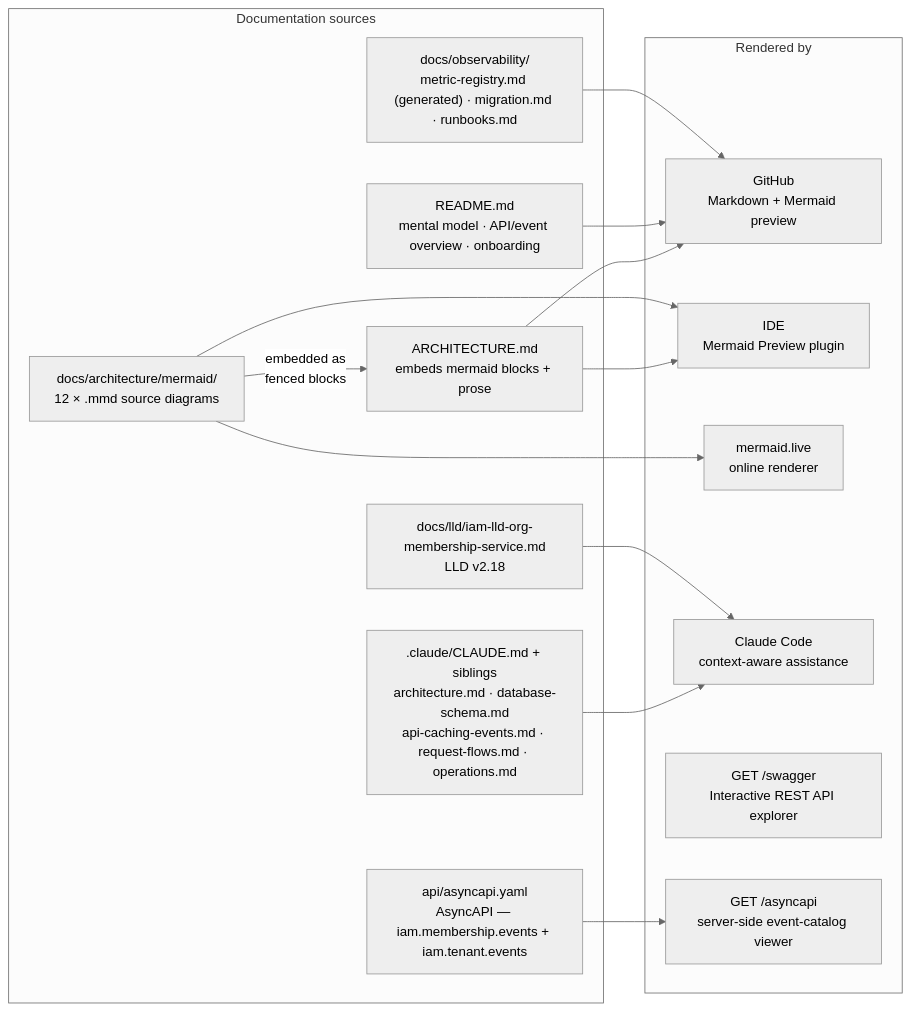
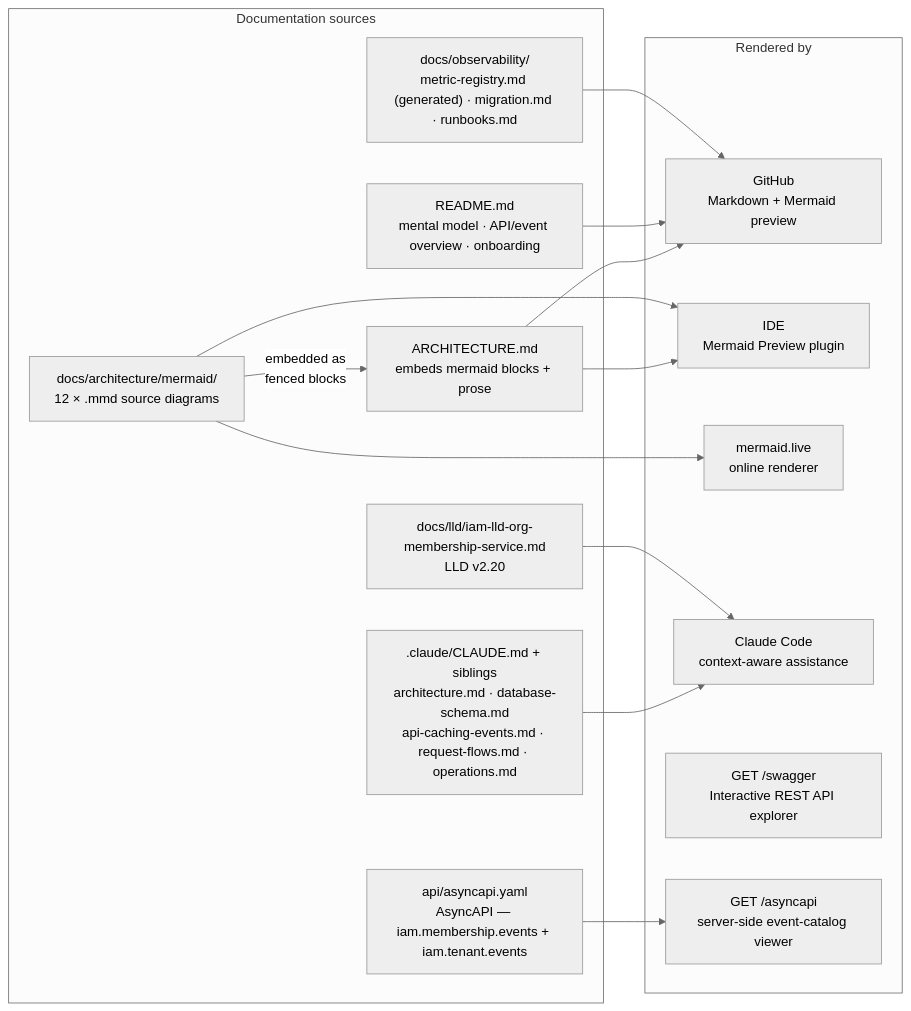
Diagram 13 of 13 in ARCHITECTURE.md (BCBP-SOLUTIONS-FZC-LLC/iam-org-membership), drawn with Mermaid (neutral theme) before and after one commit. The commit also changed other lines of this file and 86 other files, not shown here.

````diff
--- a/ARCHITECTURE.md
+++ b/ARCHITECTURE.md
@@ -1350,30 +1350,30 @@
 ```mermaid
 graph LR
     subgraph sources["Documentation sources"]
         mmd["docs/architecture/mermaid/\n12 × .mmd source diagrams"]
         arch["ARCHITECTURE.md\nembeds mermaid blocks + prose"]
         claude[".claude/CLAUDE.md + siblings\narchitecture.md · database-schema.md\napi-caching-events.md · request-flows.md · operations.md"]
         readme["README.md\nmental model · API/event overview · onboarding"]
         asyncapi_yaml["api/asyncapi.yaml\nAsyncAPI — iam.membership.events + iam.tenant.events"]
-        lld["docs/lld/iam-lld-org-membership-service.md\nLLD v2.18"]
+        lld["docs/lld/iam-lld-org-membership-service.md\nLLD v2.20"]
         obsdocs["docs/observability/\nmetric-registry.md (generated) · migration.md · runbooks.md"]
     end
 
     subgraph rendered["Rendered by"]
         github["GitHub\nMarkdown + Mermaid preview"]
         ide["IDE\nMermaid Preview plugin"]
         live["mermaid.live\nonline renderer"]
         claude_ai["Claude Code\ncontext-aware assistance"]
         swagger_viewer["GET /swagger\nInteractive REST API explorer"]
         asyncapi_viewer["GET /asyncapi\nserver-side event-catalog viewer"]
     end
 
     mmd  -->|"embedded as\nfenced blocks"| arch
     arch --> github & ide
     mmd  --> live & ide
     claude --> claude_ai
     readme --> github
     lld --> claude_ai
     obsdocs --> github
     asyncapi_yaml --> asyncapi_viewer
 ```
````
